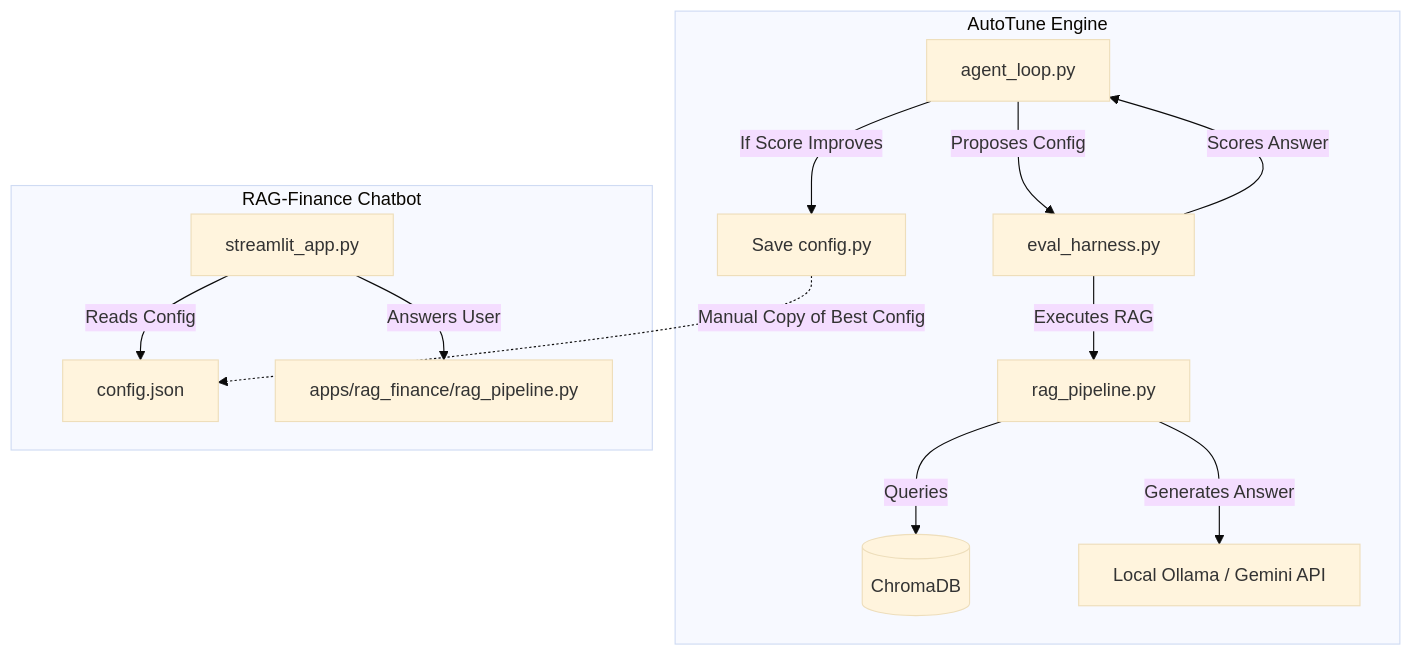
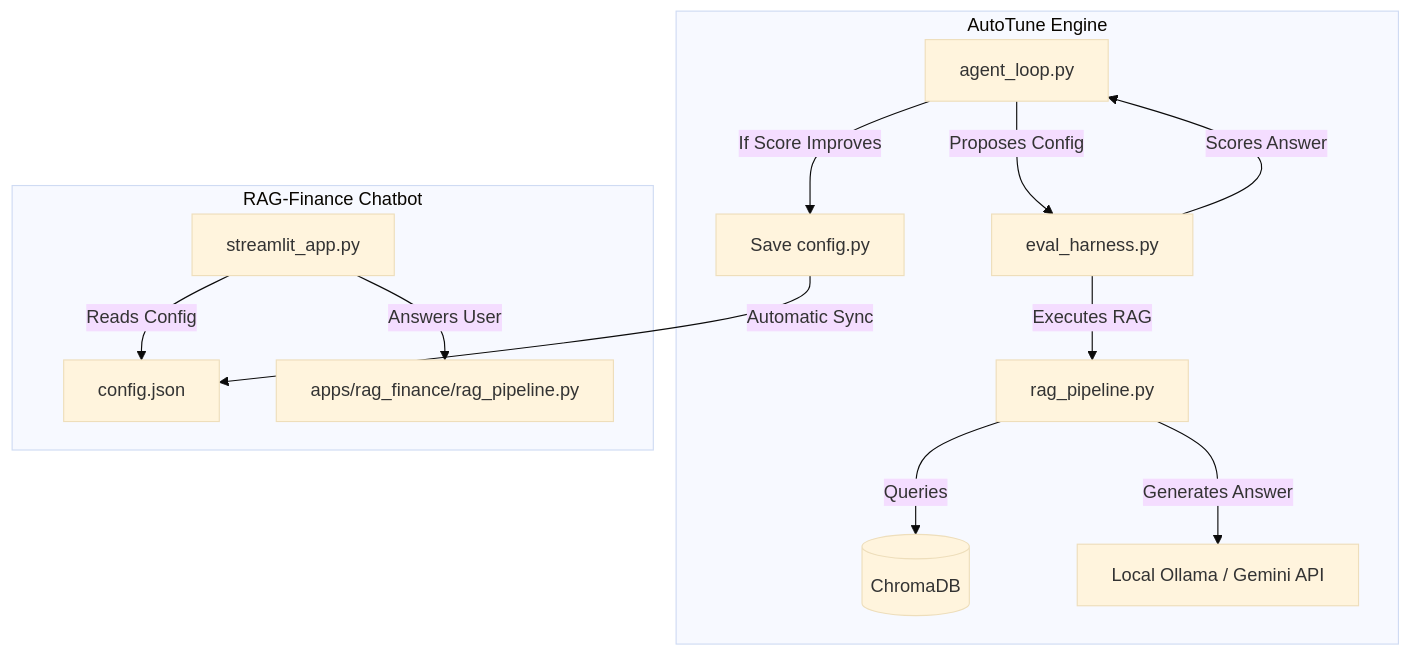
The diagram in README.md (R1shabhCodes/AutoTune), drawn with Mermaid (base theme) before and after one commit. The commit also changed other lines of this file and 15 other files, not shown here.

````diff
--- a/README.md
+++ b/README.md
@@ -53,18 +53,18 @@
 ```mermaid
 graph TD
     subgraph Engine [AutoTune Engine]
         Loop[agent_loop.py] -->|Proposes Config| Eval[eval_harness.py]
         Eval -->|Executes RAG| Pipe[rag_pipeline.py]
         Pipe -->|Queries| VectorDB[(ChromaDB)]
         Pipe -->|Generates Answer| LLM[Local Ollama / Gemini API]
         Eval -->|Scores Answer| Loop
         Loop -->|If Score Improves| Save[Save config.py]
     end
     
     subgraph Production App [RAG-Finance Chatbot]
         Streamlit[streamlit_app.py] -->|Reads Config| ConfigJson[config.json]
         Streamlit -->|Answers User| AppPipe[apps/rag_finance/rag_pipeline.py]
     end
 
-    Save -.->|Manual Copy of Best Config| ConfigJson
+    Save -->|Automatic Sync| ConfigJson
 ```
````
